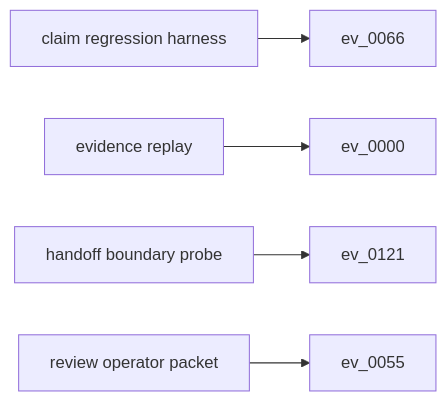
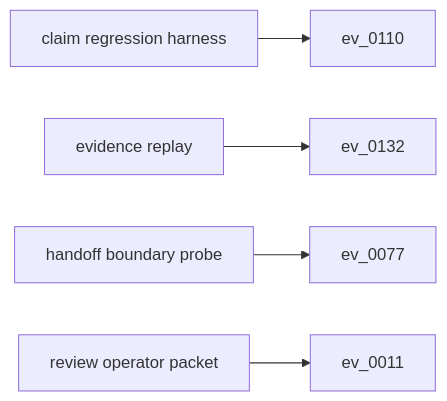
One commit to t7r0n/warm-path-ranker changed the diagram in outputs/trace_graph.mmd. Above: the diagram before and after it, drawn with Mermaid. The commit also changed 26 other files, not shown here.

```diff
--- a/outputs/trace_graph.mmd
+++ b/outputs/trace_graph.mmd
@@ -1,13 +1,13 @@
 flowchart LR
   s0["claim regression harness"]
-  e0["ev_0066"]
+  e0["ev_0110"]
   s0 --> e0
   s1["evidence replay"]
-  e1["ev_0000"]
+  e1["ev_0132"]
   s1 --> e1
   s2["handoff boundary probe"]
-  e2["ev_0121"]
+  e2["ev_0077"]
   s2 --> e2
   s3["review operator packet"]
-  e3["ev_0055"]
+  e3["ev_0011"]
   s3 --> e3
```
